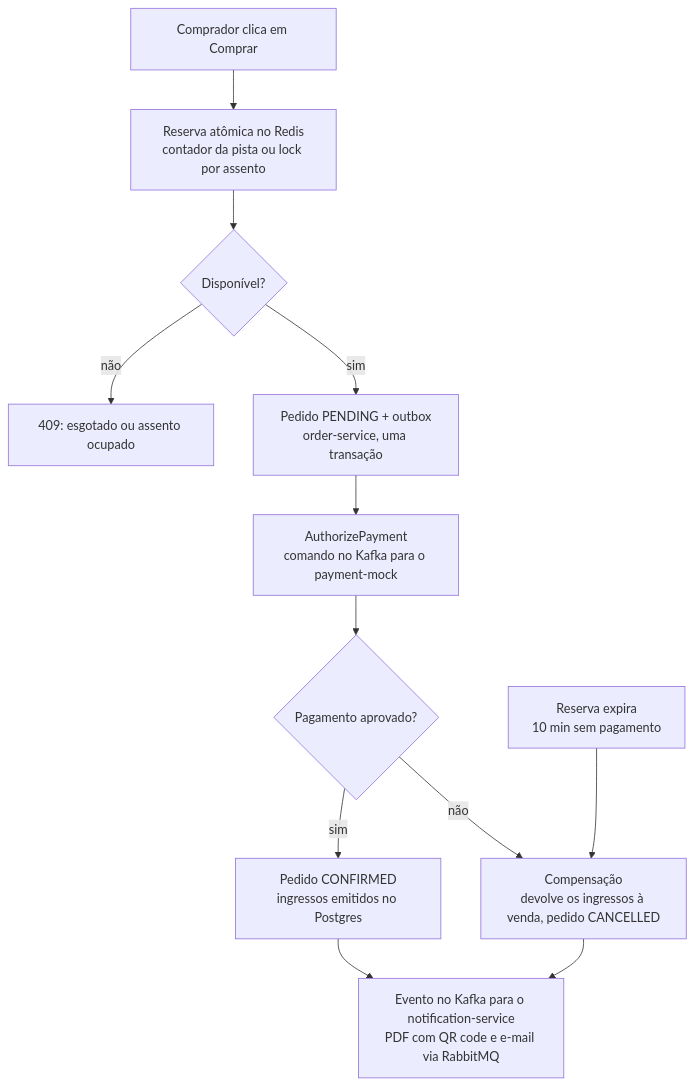
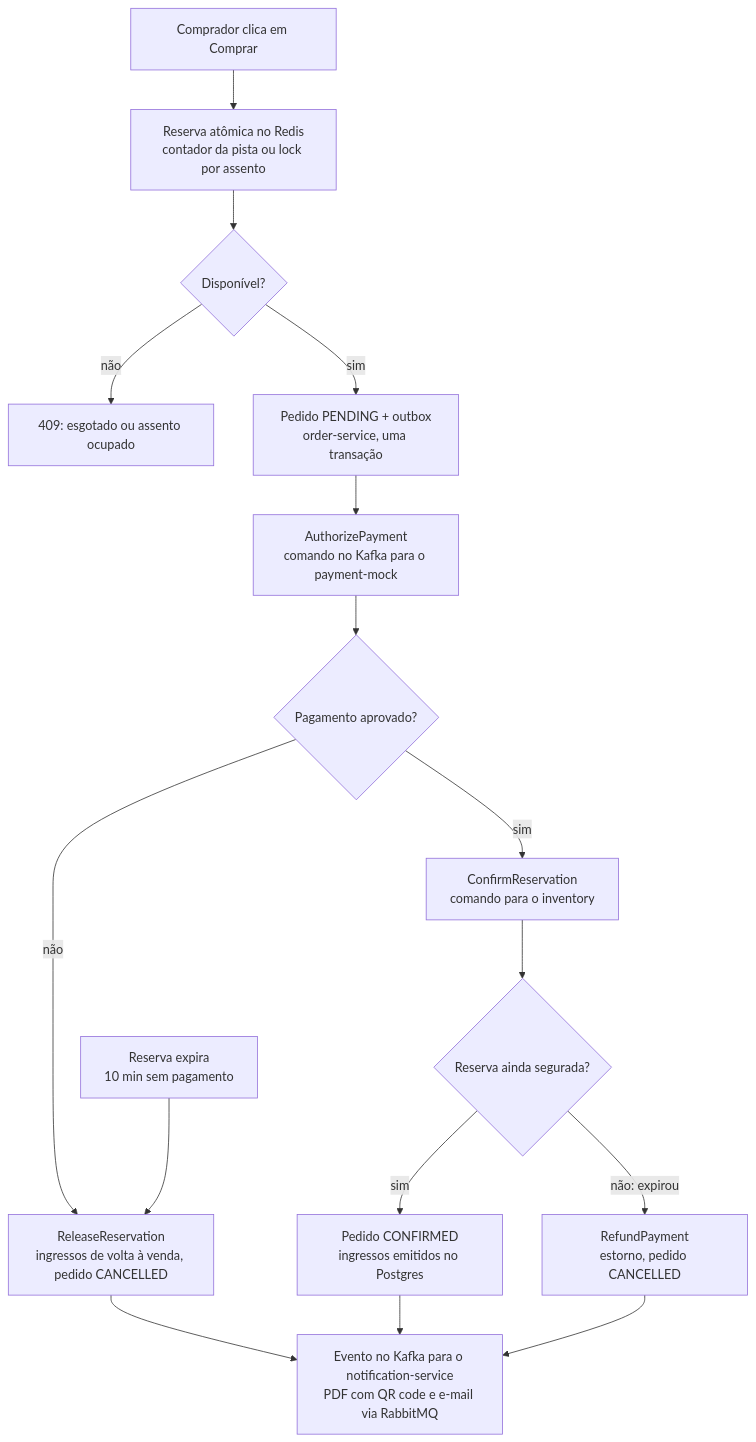
One commit to CezarGarcia/Lotou changed the seventh of 7 diagrams in docs/projeto.md. Above: the diagram before and after it, drawn with Mermaid. The commit also changed other lines of this file, not shown here.

````diff
--- a/docs/projeto.md
+++ b/docs/projeto.md
@@ -489,14 +489,18 @@
 ```mermaid
 flowchart TD
     A["Comprador clica em Comprar"] --> B["Reserva atômica no Redis<br/>contador da pista ou lock por assento"]
     B --> C{"Disponível?"}
     C -- não --> X["409: esgotado ou assento ocupado"]
     C -- sim --> D["Pedido PENDING + outbox<br/>order-service, uma transação"]
     D --> E["AuthorizePayment<br/>comando no Kafka para o payment-mock"]
     E --> F{"Pagamento aprovado?"}
-    F -- não --> G["Compensação<br/>devolve os ingressos à venda, pedido CANCELLED"]
+    F -- não --> G["ReleaseReservation<br/>ingressos de volta à venda, pedido CANCELLED"]
+    F -- sim --> I["ConfirmReservation<br/>comando para o inventory"]
+    I --> J{"Reserva ainda segurada?"}
+    J -- sim --> H["Pedido CONFIRMED<br/>ingressos emitidos no Postgres"]
+    J -- "não: expirou" --> R["RefundPayment<br/>estorno, pedido CANCELLED"]
     T["Reserva expira<br/>10 min sem pagamento"] --> G
-    F -- sim --> H["Pedido CONFIRMED<br/>ingressos emitidos no Postgres"]
     H --> N["Evento no Kafka para o notification-service<br/>PDF com QR code e e-mail via RabbitMQ"]
     G --> N
+    R --> N
 ```
````
